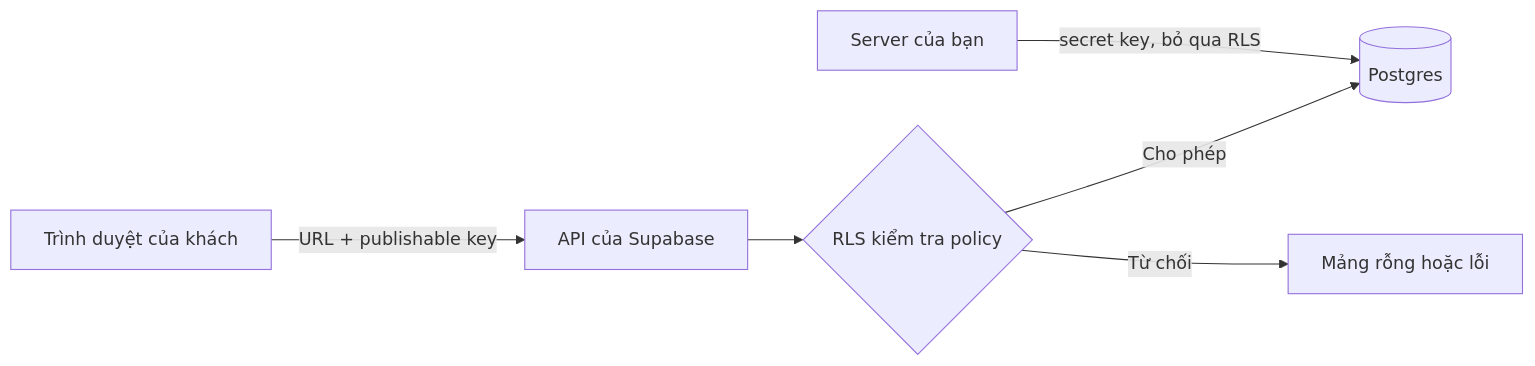
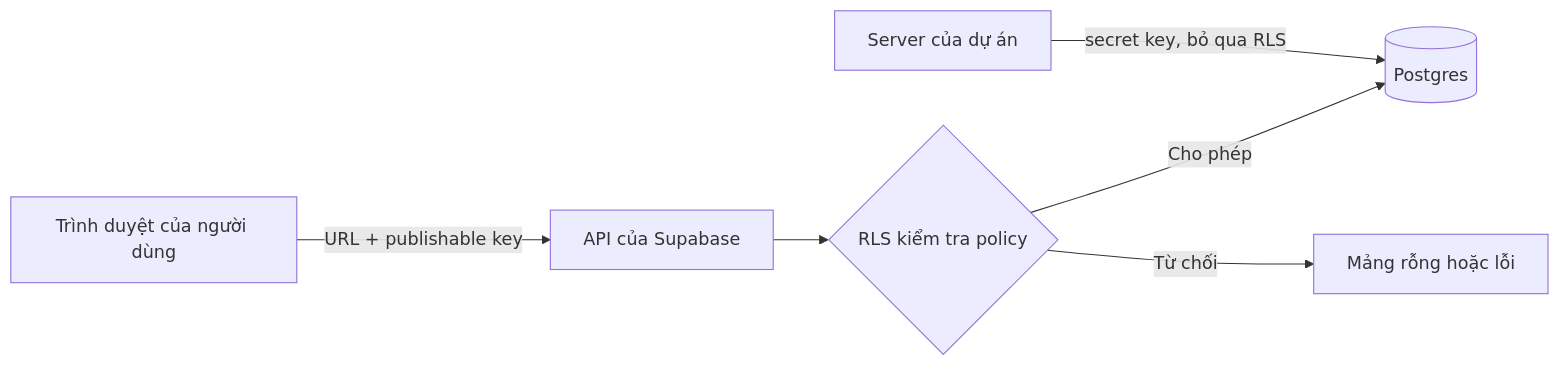
Before and after one commit to TienNHM/devops-course: the diagram in vibe/04-supabase.md, drawn with Mermaid. The commit also changed other lines of this file and 100 other files, not shown here.

````diff
--- a/vibe/04-supabase.md
+++ b/vibe/04-supabase.md
@@ -28,8 +28,8 @@
 ```mermaid
 flowchart LR
-  A["Trình duyệt của khách"] -->|"URL + publishable key"| B["API của Supabase"]
+  A["Trình duyệt của người dùng"] -->|"URL + publishable key"| B["API của Supabase"]
   B --> C{"RLS kiểm tra policy"}
   C -->|"Cho phép"| D[("Postgres")]
   C -->|"Từ chối"| E["Mảng rỗng hoặc lỗi"]
-  F["Server của bạn"] -->|"secret key, bỏ qua RLS"| D
+  F["Server của dự án"] -->|"secret key, bỏ qua RLS"| D
 ```
````
